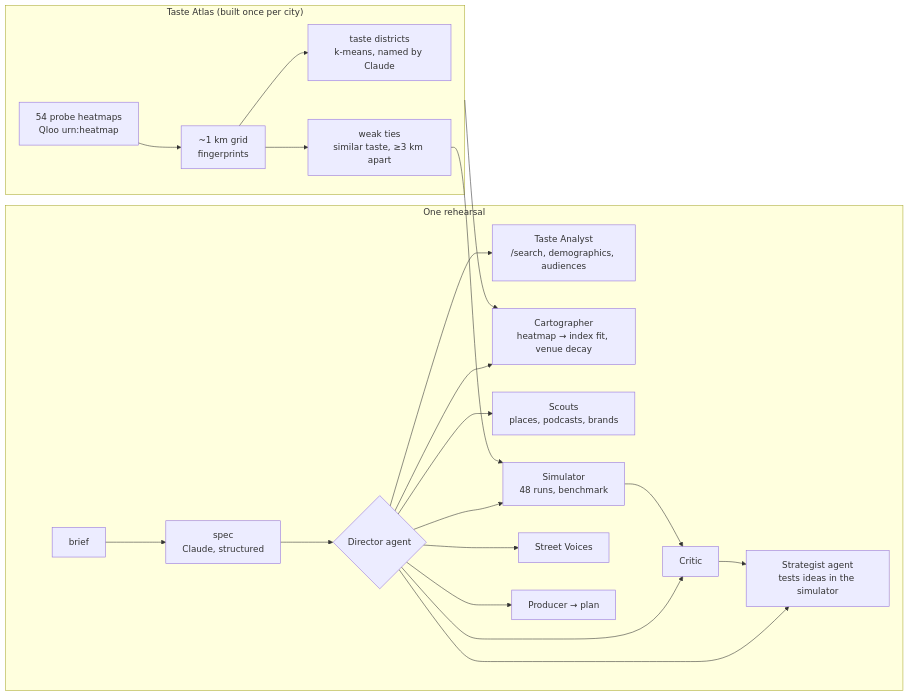
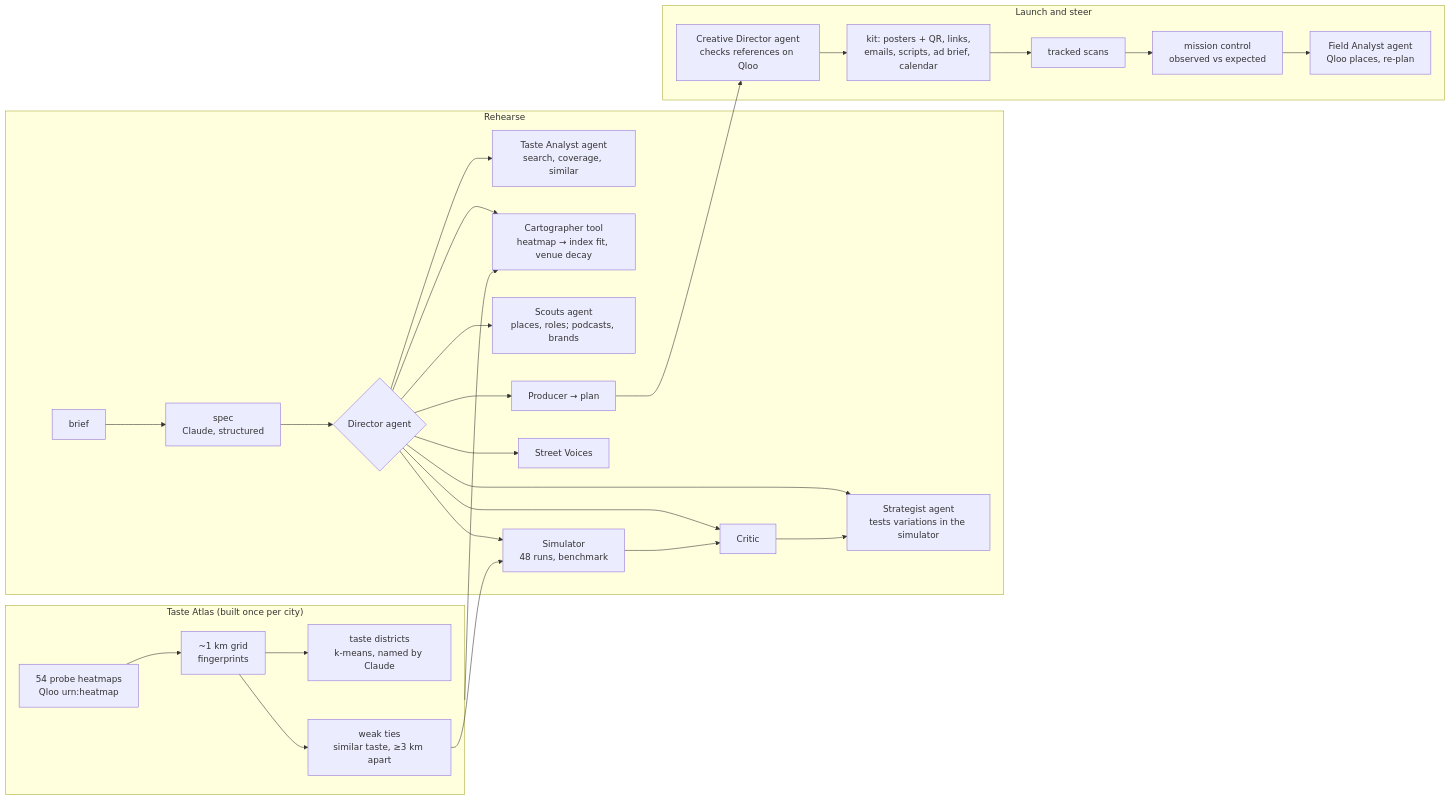
Before and after one commit to TusharTechs/groundswell: the diagram in README.md, drawn with Mermaid. The commit also changed other lines of this file and 76 other files, not shown here.

First line of the commit message:
Launch kit, mission control and the Field Analyst; fictional showcases, saved runs and claim fixes

````diff
--- a/README.md
+++ b/README.md
@@ -87,23 +92,30 @@
 ```mermaid
 flowchart LR
   subgraph Atlas["Taste Atlas (built once per city)"]
     P[54 probe heatmaps<br/>Qloo urn:heatmap] --> G[~1 km grid<br/>fingerprints]
     G --> D[taste districts<br/>k-means, named by Claude]
     G --> T[weak ties<br/>similar taste, ≥3 km apart]
   end
-  subgraph Run["One rehearsal"]
+  subgraph Run["Rehearse"]
     B[brief] --> S[spec<br/>Claude, structured]
     S --> DIR{Director agent}
-    DIR --> AN[Taste Analyst<br/>/search, demographics, audiences]
-    DIR --> CA[Cartographer<br/>heatmap → index fit, venue decay]
-    DIR --> SC[Scouts<br/>places, podcasts, brands]
-    DIR --> ST[Strategist agent<br/>tests ideas in the simulator]
+    DIR --> AN[Taste Analyst agent<br/>search, coverage, similar]
+    DIR --> CA[Cartographer tool<br/>heatmap → index fit, venue decay]
+    DIR --> SC[Scouts agent<br/>places, roles; podcasts, brands]
+    DIR --> ST[Strategist agent<br/>tests variations in the simulator]
     DIR --> SI[Simulator<br/>48 runs, benchmark]
     DIR --> CR[Critic]
     DIR --> VO[Street Voices]
     DIR --> PR[Producer → plan]
   end
+  subgraph Launch["Launch and steer"]
+    PR --> CD[Creative Director agent<br/>checks references on Qloo]
+    CD --> K[kit: posters + QR, links,<br/>emails, scripts, ad brief, calendar]
+    K --> SCAN[tracked scans]
+    SCAN --> MC[mission control<br/>observed vs expected]
+    MC --> FA[Field Analyst agent<br/>Qloo places, re-plan]
+  end
   Atlas --> CA
   T --> SI
   SI --> CR --> ST
 ```
````
